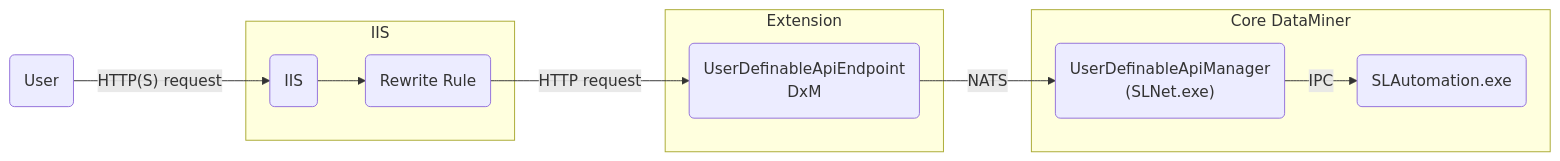
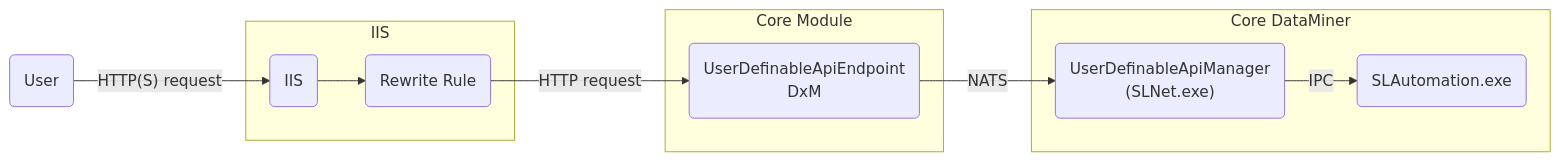
The second of 2 diagrams in dataminer/Functions/User-Defined_APIs/Troubleshooting/UD_APIs_Troubleshooting.md (SkylineCommunications/dataminer-docs), drawn with Mermaid before and after one commit. The commit also changed other lines of this file and 2 other files, not shown here.

````diff
--- a/dataminer/Functions/User-Defined_APIs/Troubleshooting/UD_APIs_Troubleshooting.md
+++ b/dataminer/Functions/User-Defined_APIs/Troubleshooting/UD_APIs_Troubleshooting.md
@@ -36,14 +56,14 @@
 ```mermaid
 flowchart LR
 client("User") -- "HTTP(S) request" --> a
 subgraph "IIS"
     a("IIS") --> b("Rewrite Rule")
 end
-subgraph "Extension"
+subgraph "Core Module"
     b -- HTTP request --> c("UserDefinableApiEndpoint\nDxM")
 end
 subgraph "Core DataMiner"
     c -- NATS --> d("UserDefinableApiManager\n(SLNet.exe)") 
     d -- IPC --> e("SLAutomation.exe")
 end
 ```
````
